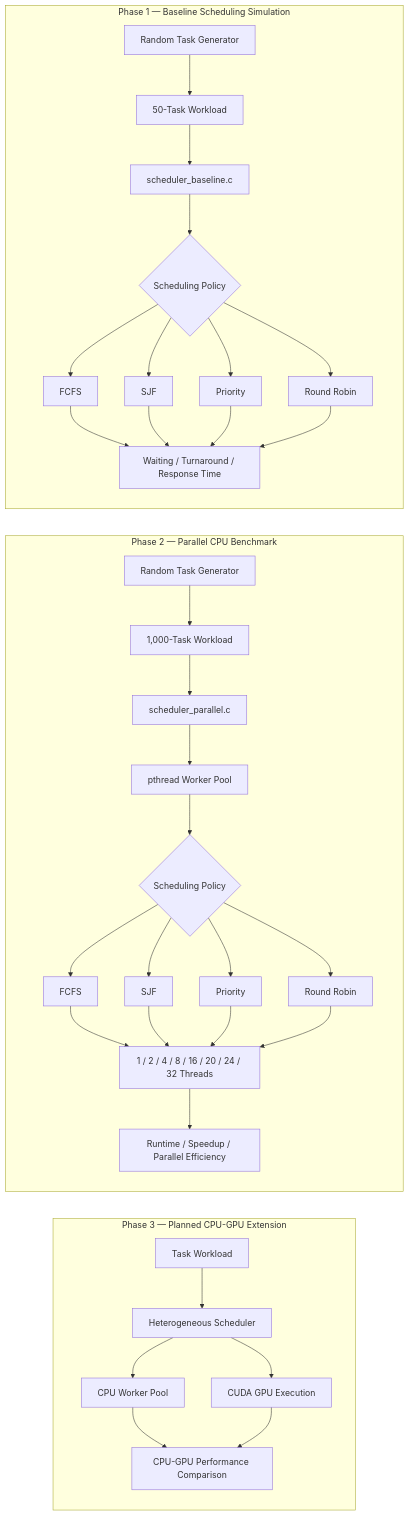
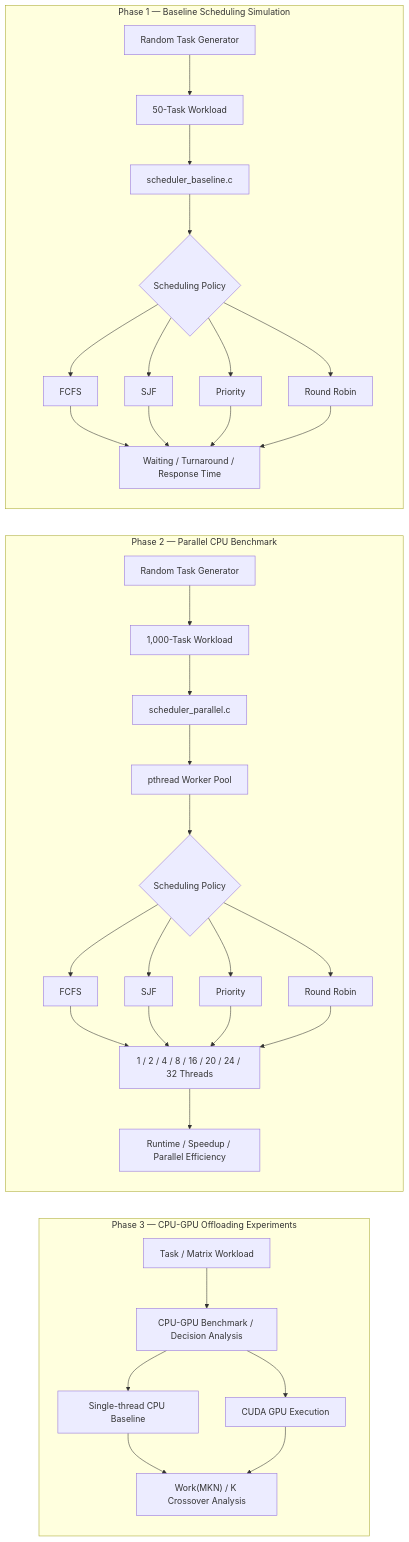
The diagram in README.md (HoiChunWat/CPU-GPU-Scheduling-Simulator), drawn with Mermaid before and after one commit. The commit also changed other lines of this file, not shown here.

````diff
--- a/README.md
+++ b/README.md
@@ -49,52 +54,52 @@
 ```mermaid
 flowchart LR
 
-    subgraph P3["Phase 3 — Planned CPU-GPU Extension"]
-        C1["Task Workload"] --> C2["Heterogeneous Scheduler"]
+    subgraph P3["Phase 3 — CPU-GPU Offloading Experiments"]
+        C1["Task / Matrix Workload"] --> C2["CPU-GPU Benchmark / Decision Analysis"]
 
-        C2 --> C3["CPU Worker Pool"]
+        C2 --> C3["Single-thread CPU Baseline"]
         C2 --> C4["CUDA GPU Execution"]
 
-        C3 --> C5["CPU-GPU Performance Comparison"]
+        C3 --> C5["Work(MKN) / K Crossover Analysis"]
         C4 --> C5
     end
 
 
     subgraph P2["Phase 2 — Parallel CPU Benchmark"]
         B1["Random Task Generator"] --> B2["1,000-Task Workload"]
 
         B2 --> B3["scheduler_parallel.c"]
         B3 --> B4["pthread Worker Pool"]
         B4 --> B5{"Scheduling Policy"}
 
         B5 --> B6["FCFS"]
         B5 --> B7["SJF"]
         B5 --> B8["Priority"]
         B5 --> B9["Round Robin"]
 
         B6 --> B10["1 / 2 / 4 / 8 / 16 / 20 / 24 / 32 Threads"]
         B7 --> B10
         B8 --> B10
         B9 --> B10
 
         B10 --> B11["Runtime / Speedup / Parallel Efficiency"]
     end
 
 
     subgraph P1["Phase 1 — Baseline Scheduling Simulation"]
         A1["Random Task Generator"] --> A2["50-Task Workload"]
 
         A2 --> A3["scheduler_baseline.c"]
         A3 --> A4{"Scheduling Policy"}
 
         A4 --> A5["FCFS"]
         A4 --> A6["SJF"]
         A4 --> A7["Priority"]
         A4 --> A8["Round Robin"]
 
         A5 --> A9["Waiting / Turnaround / Response Time"]
         A6 --> A9
         A7 --> A9
         A8 --> A9
     end
 ```
````
